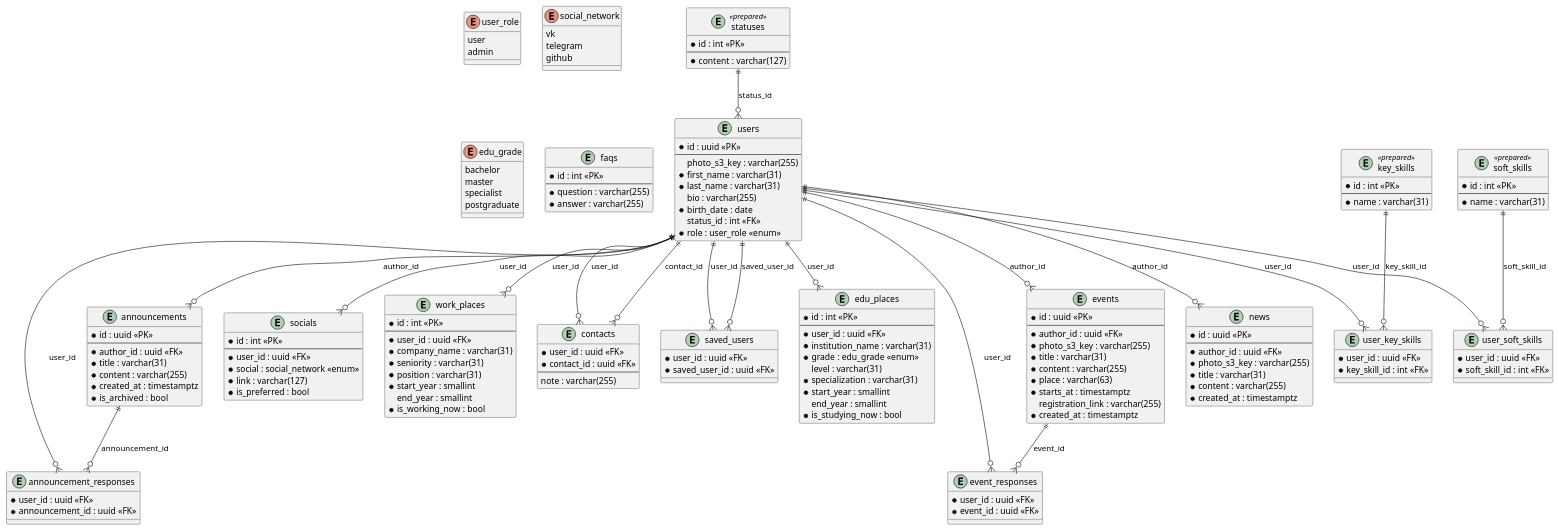
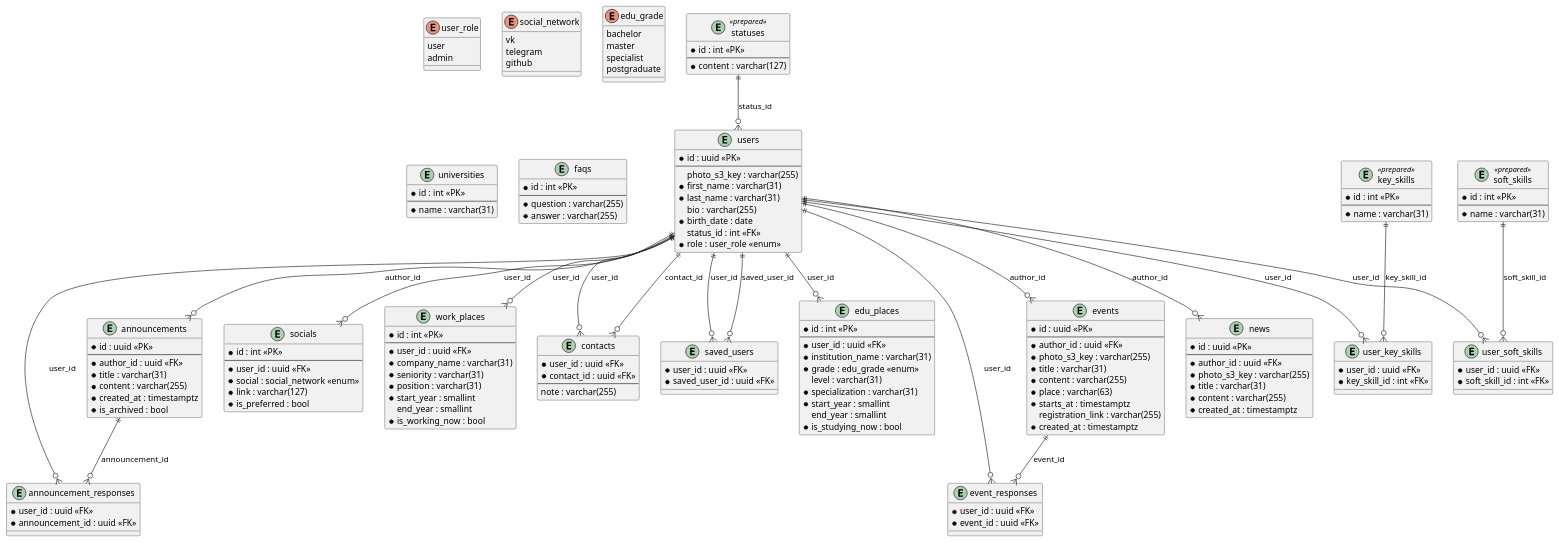
The diagram in docs/database.puml (RuslanKarabalin/cu-faculty-backend), drawn with PlantUML before and after one commit. The commit also changed 4 other files, not shown here.

```diff
--- a/docs/database.puml
+++ b/docs/database.puml
@@ -1,190 +1,196 @@
 @startuml database
 
 enum "user_role" {
   user
   admin
 }
 
 enum "social_network" {
   vk
   telegram
   github
 }
 
 enum "edu_grade" {
   bachelor
   master
   specialist
   postgraduate
 }
 
 entity "statuses" <<prepared>> {
   * id : int <<PK>>
   --
   * content : varchar(127)
 }
 
 entity "key_skills" <<prepared>> {
   * id : int <<PK>>
   --
   * name : varchar(31)
 }
 
 entity "soft_skills" <<prepared>> {
   * id : int <<PK>>
   --
   * name : varchar(31)
+}
+
+entity "universities" {
+  * id : int <<PK>>
+  --
+  * name : varchar(31)
+}
+
+entity "faqs" {
+  * id : int <<PK>>
+  --
+  * question : varchar(255)
+  * answer : varchar(255)
 }
 
 
 entity "users" {
   * id : uuid <<PK>>
   --
   photo_s3_key : varchar(255)
   * first_name : varchar(31)
   * last_name : varchar(31)
   bio : varchar(255)
   * birth_date : date
   status_id : int <<FK>>
   * role : user_role <<enum>>
 }
 
 entity "socials" {
   * id : int <<PK>>
   --
   * user_id : uuid <<FK>>
   * social : social_network <<enum>>
   * link : varchar(127)
   * is_preferred : bool
 }
 
 entity "work_places" {
   * id : int <<PK>>
   --
   * user_id : uuid <<FK>>
   * company_name : varchar(31)
   * seniority : varchar(31)
   * position : varchar(31)
   * start_year : smallint
   end_year : smallint
   * is_working_now : bool
 }
 
 entity "edu_places" {
   * id : int <<PK>>
   --
   * user_id : uuid <<FK>>
   * institution_name : varchar(31)
   * grade : edu_grade <<enum>>
   level : varchar(31)
   * specialization : varchar(31)
   * start_year : smallint
   end_year : smallint
   * is_studying_now : bool
-}
-
-entity "faqs" {
-  * id : int <<PK>>
-  --
-  * question : varchar(255)
-  * answer : varchar(255)
 }
 
 entity "announcements" {
   * id : uuid <<PK>>
   --
   * author_id : uuid <<FK>>
   * title : varchar(31)
   * content : varchar(255)
   * created_at : timestamptz
   * is_archived : bool
 }
 
 entity "news" {
   * id : uuid <<PK>>
   --
   * author_id : uuid <<FK>>
   * photo_s3_key : varchar(255)
   * title : varchar(31)
   * content : varchar(255)
   * created_at : timestamptz
 }
 
 entity "events" {
   * id : uuid <<PK>>
   --
   * author_id : uuid <<FK>>
   * photo_s3_key : varchar(255)
   * title : varchar(31)
   * content : varchar(255)
   * place : varchar(63)
   * starts_at : timestamptz
   registration_link : varchar(255)
   * created_at : timestamptz
 }
 
 
 entity "user_key_skills" {
   * user_id : uuid <<FK>>
   * key_skill_id : int <<FK>>
 }
 
 entity "user_soft_skills" {
   * user_id : uuid <<FK>>
   * soft_skill_id : int <<FK>>
 }
 
 entity "contacts" {
   * user_id : uuid <<FK>>
   * contact_id : uuid <<FK>>
   --
   note : varchar(255)
 }
 
 entity "saved_users" {
   * user_id : uuid <<FK>>
   * saved_user_id : uuid <<FK>>
 }
 
 entity "announcement_responses" {
   * user_id : uuid <<FK>>
   * announcement_id : uuid <<FK>>
 }
 
 entity "event_responses" {
   * user_id : uuid <<FK>>
   * event_id : uuid <<FK>>
 }
 
 
 statuses        ||--o{ users                    : "status_id"
 
 users           ||--o{ socials                  : "user_id"
 
 users           ||--o{ work_places              : "user_id"
 
 users           ||--o{ edu_places               : "user_id"
 
 users           ||--o{ user_key_skills          : "user_id"
 key_skills      ||--o{ user_key_skills          : "key_skill_id"
 
 users           ||--o{ user_soft_skills         : "user_id"
 soft_skills     ||--o{ user_soft_skills         : "soft_skill_id"
 
 users           ||--o{ contacts                 : "user_id"
 users           ||--o{ contacts                 : "contact_id"
 
 users           ||--o{ saved_users              : "user_id"
 users           ||--o{ saved_users              : "saved_user_id"
 
 users           ||--o{ announcements            : "author_id"
 announcements   ||--o{ announcement_responses   : "announcement_id"
 users           ||--o{ announcement_responses   : "user_id"
 
 users           ||--o{ news                     : "author_id"
 
 users           ||--o{ events                   : "author_id"
 events          ||--o{ event_responses          : "event_id"
 users           ||--o{ event_responses          : "user_id"
 
 @enduml
```
